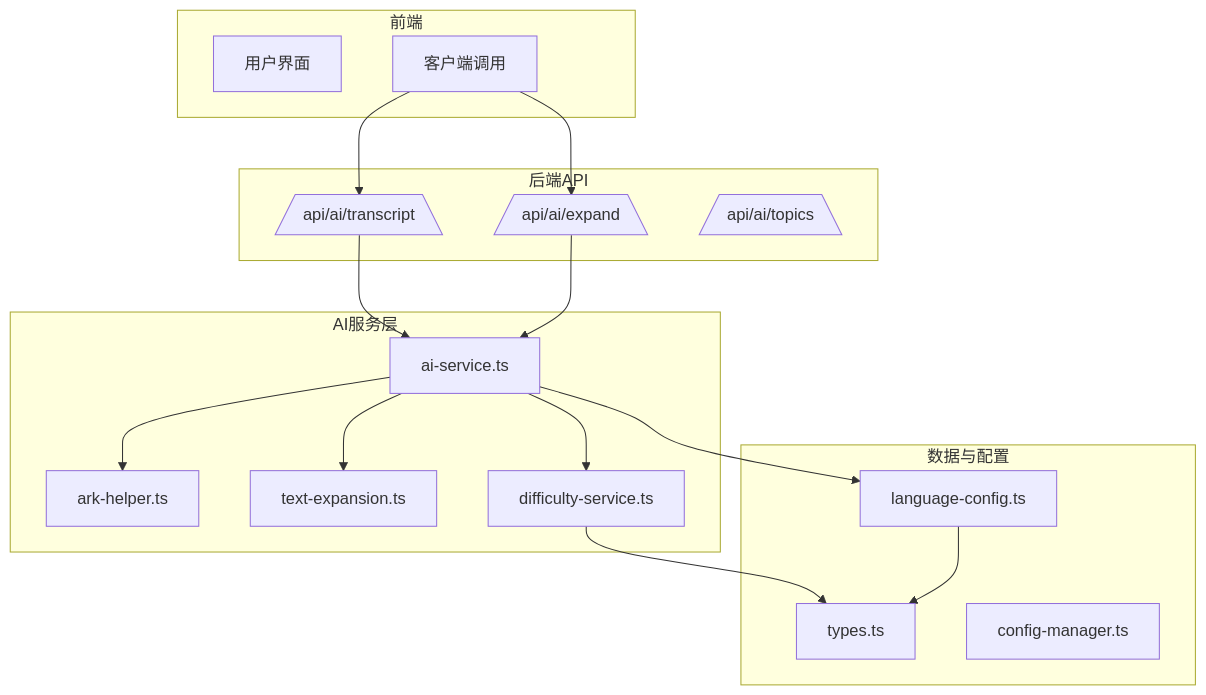
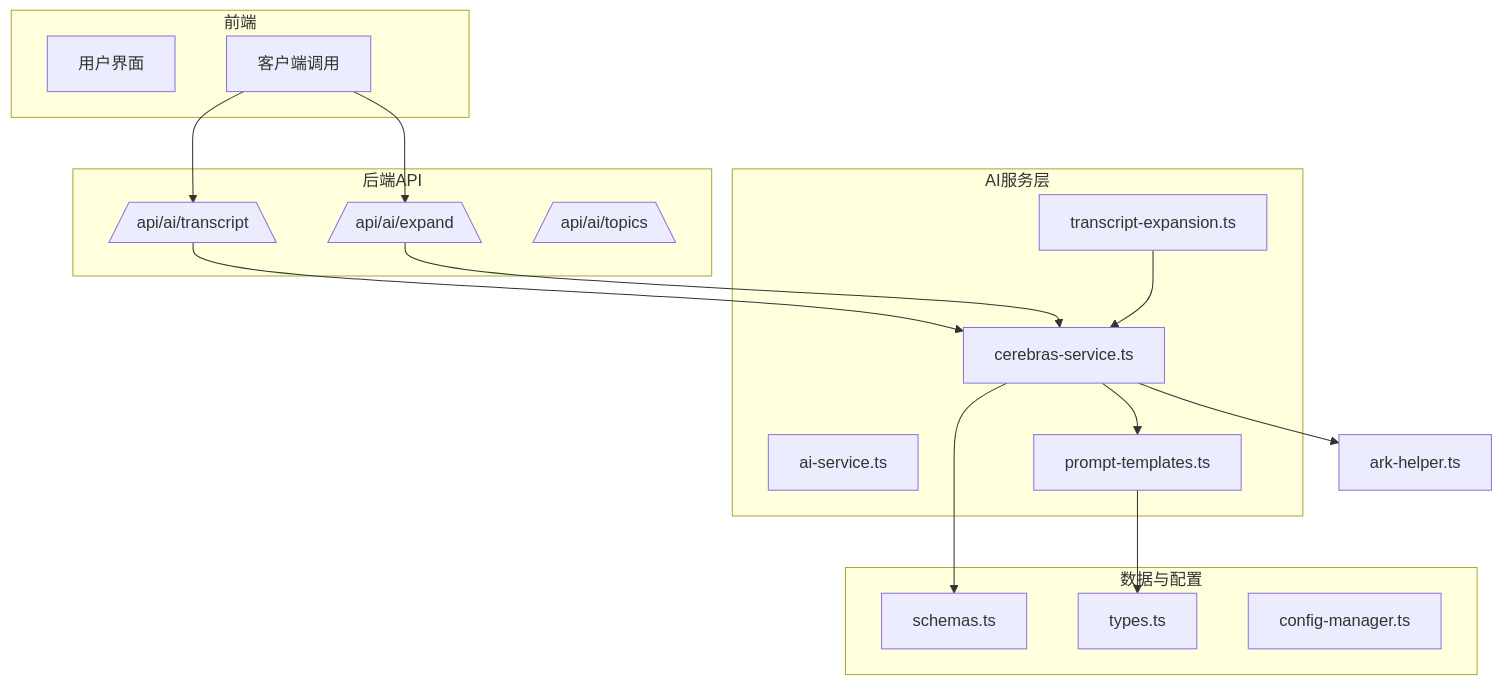
The first of 6 diagrams in .qoder/repowiki/zh/content/后端API接口/AI内容生成API/转录文本生成API.md (arthurlee116/english-listening-trainer), drawn with Mermaid before and after one commit. The commit also changed other lines of this file and 58 other files, not shown here.

````diff
--- a/.qoder/repowiki/zh/content/后端API接口/AI内容生成API/转录文本生成API.md
+++ b/.qoder/repowiki/zh/content/后端API接口/AI内容生成API/转录文本生成API.md
@@ -32,33 +39,32 @@
 ```mermaid
 graph TB
 subgraph "前端"
 UI[用户界面]
 Client[客户端调用]
 end
 subgraph "后端API"
 TranscriptRoute[/api/ai/transcript\]
 ExpandRoute[/api/ai/expand\]
 TopicsRoute[/api/ai/topics\]
 end
 subgraph "AI服务层"
 AIService[ai-service.ts]
-ArkHelper[ark-helper.ts]
-TextExpansion[text-expansion.ts]
-DifficultyService[difficulty-service.ts]
+CerebrasService[cerebras-service.ts]
+TranscriptExpansion[transcript-expansion.ts]
+PromptTemplates[prompt-templates.ts]
 end
 subgraph "数据与配置"
+Schemas[schemas.ts]
 Types[types.ts]
-LanguageConfig[language-config.ts]
 ConfigManager[config-manager.ts]
 end
 Client --> TranscriptRoute
 Client --> ExpandRoute
-TranscriptRoute --> AIService
-ExpandRoute --> AIService
-AIService --> ArkHelper
-AIService --> TextExpansion
-AIService --> DifficultyService
-AIService --> LanguageConfig
-DifficultyService --> Types
-LanguageConfig --> Types
+TranscriptRoute --> CerebrasService
+ExpandRoute --> CerebrasService
+CerebrasService --> ark-helper.ts
+CerebrasService --> Schemas
+CerebrasService --> PromptTemplates
+TranscriptExpansion --> CerebrasService
+PromptTemplates --> Types
 ```
````
